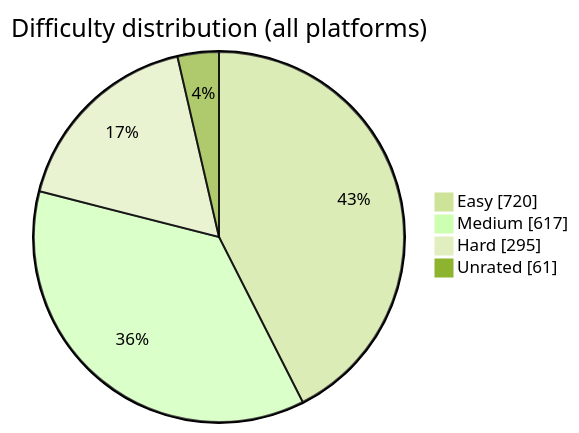
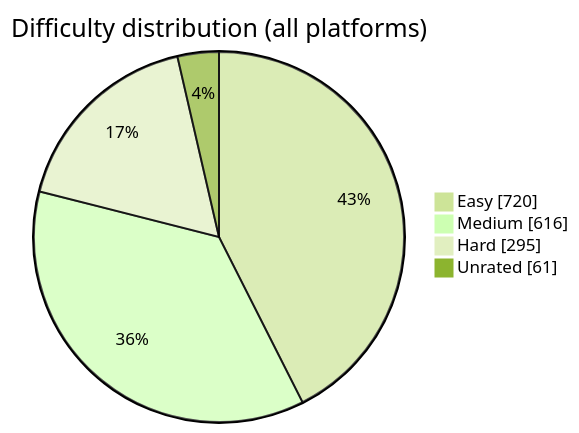
Before and after one commit to BuildbyArindam/Daily-Coding-Log: the diagram in README.md, drawn with Mermaid (forest theme). The commit also changed other lines of this file, not shown here.

````diff
--- a/README.md
+++ b/README.md
@@ -93,7 +93,7 @@
 ```mermaid
 pie showData title Difficulty distribution (all platforms)
     "Easy" : 720
-    "Medium" : 617
+    "Medium" : 616
     "Hard" : 295
     "Unrated" : 61
 ```
````
